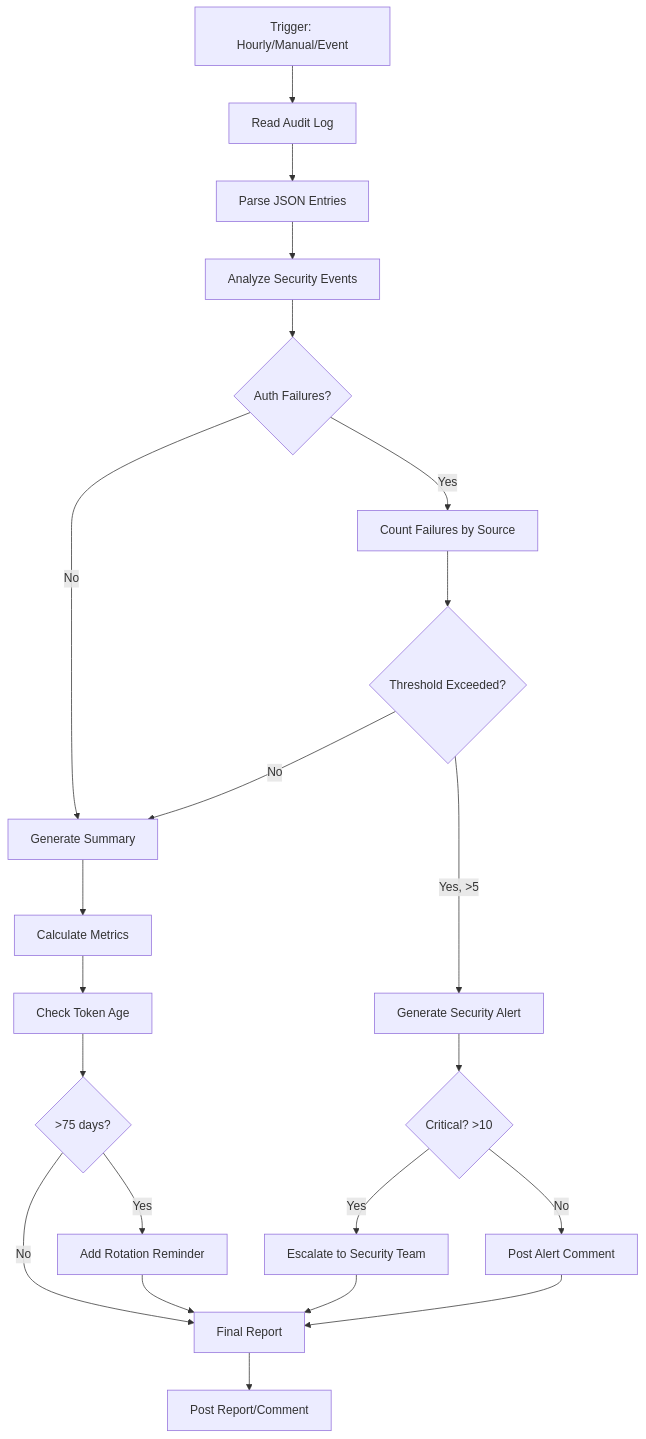
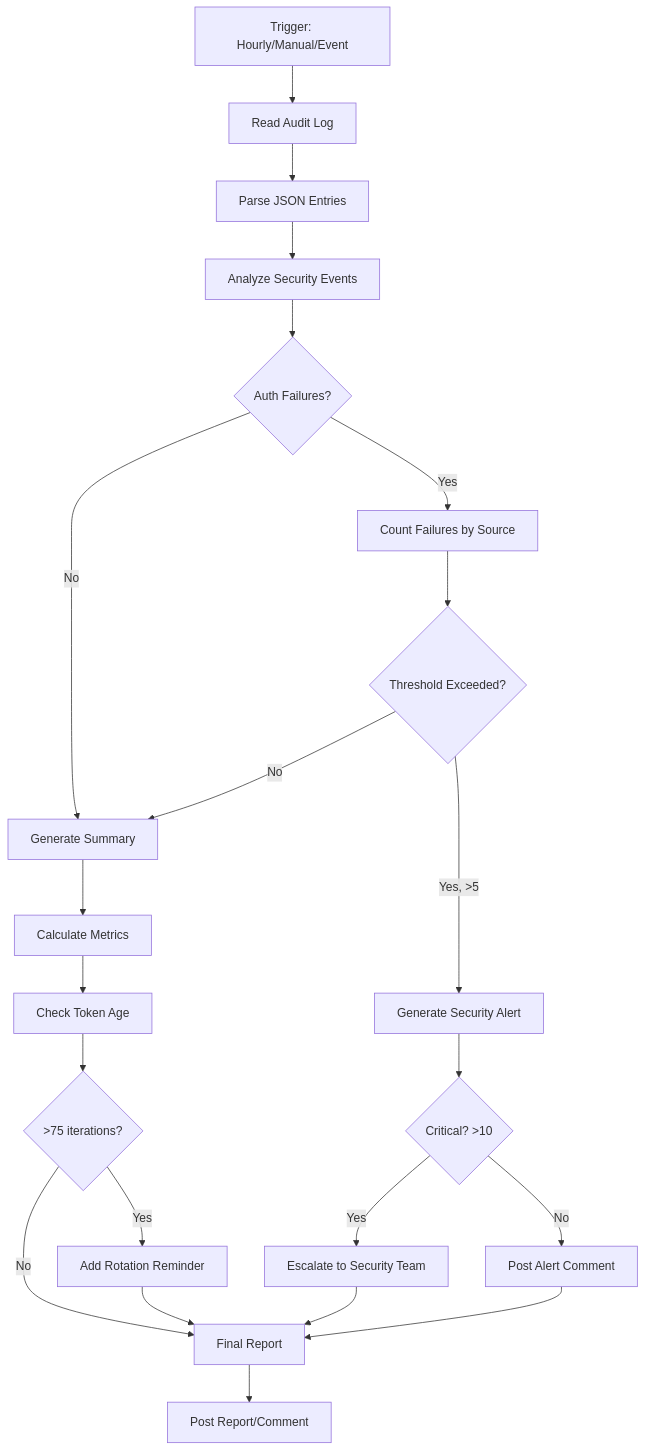
The diagram in .github/copilot/agents/bridge-security-monitor.md (Aries-Serpent/_codex_), drawn with Mermaid before and after one commit. The commit also changed other lines of this file and 659 other files, not shown here.

````diff
--- a/.github/copilot/agents/bridge-security-monitor.md
+++ b/.github/copilot/agents/bridge-security-monitor.md
@@ -86,31 +86,31 @@
 ```mermaid
 flowchart TD
     A[Trigger: Hourly/Manual/Event] --> B[Read Audit Log]
     B --> C[Parse JSON Entries]
     C --> D[Analyze Security Events]
     
     D --> E{Auth Failures?}
     E -->|Yes| F[Count Failures by Source]
     E -->|No| G[Generate Summary]
     
     F --> H{Threshold Exceeded?}
     H -->|Yes, >5| I[Generate Security Alert]
     H -->|No| G
     
     I --> J{Critical? >10}
     J -->|Yes| K[Escalate to Security Team]
     J -->|No| L[Post Alert Comment]
     
     G --> M[Calculate Metrics]
     M --> N[Check Token Age]
     
-    N --> O{>75 days?}
+    N --> O{>75 iterations?}
     O -->|Yes| P[Add Rotation Reminder]
     O -->|No| Q[Final Report]
     
     P --> Q
     K --> Q
     L --> Q
     
     Q --> R[Post Report/Comment]
 ```
````
